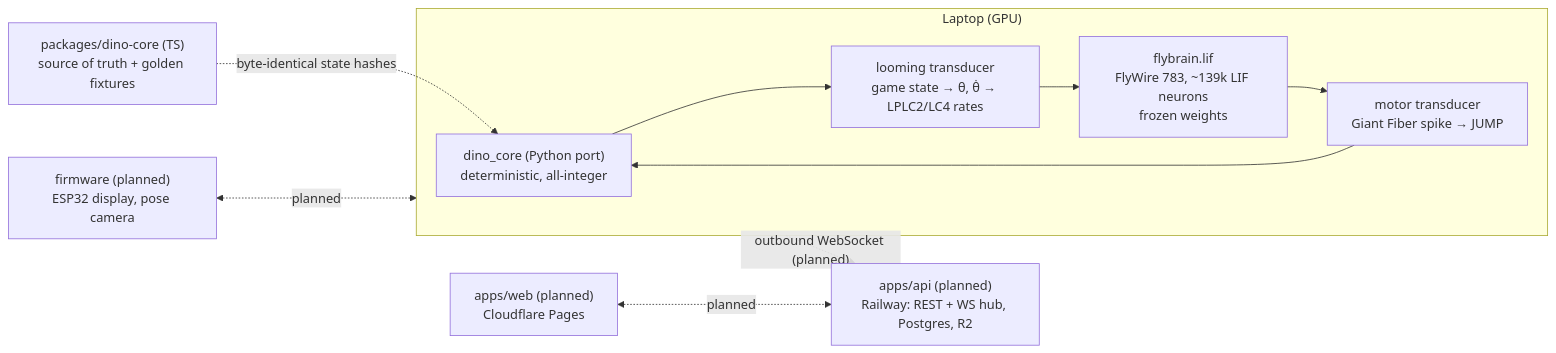
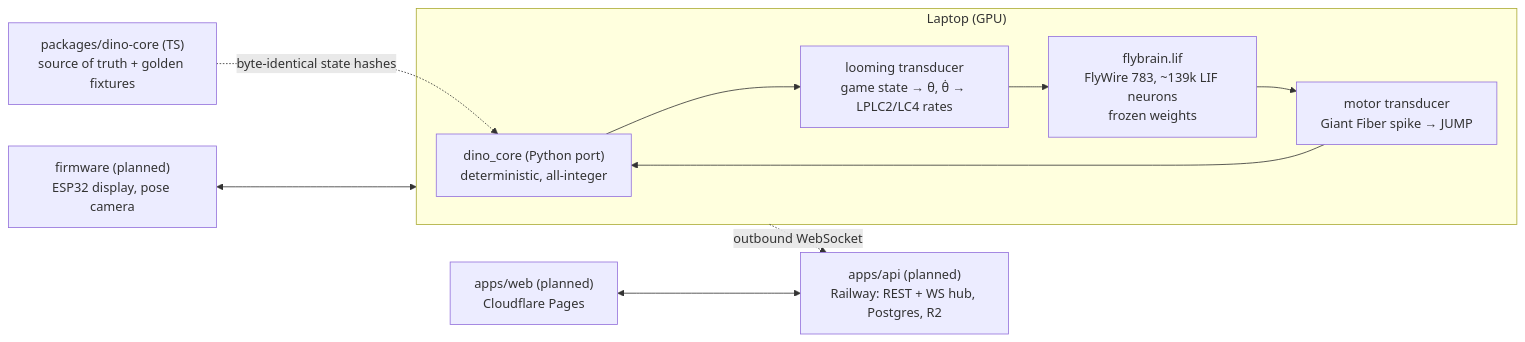
One commit to tairqaldy/dino-fly changed the diagram in docs/ARCHITECTURE.md. Above: the diagram before and after it, drawn with Mermaid. The commit also changed other lines of this file and 8 other files, not shown here.

````diff
--- a/docs/ARCHITECTURE.md
+++ b/docs/ARCHITECTURE.md
@@ -8,17 +8,17 @@
 ```mermaid
 flowchart LR
   subgraph laptop["Laptop (GPU)"]
     game["dino_core (Python port)\ndeterministic, all-integer"]
     sens["looming transducer\ngame state → θ, θ̇ → LPLC2/LC4 rates"]
     brain["flybrain.lif\nFlyWire 783, ~139k LIF neurons\nfrozen weights"]
     motor["motor transducer\nGiant Fiber spike → JUMP"]
     game --> sens --> brain --> motor --> game
   end
   ts["packages/dino-core (TS)\nsource of truth + golden fixtures"] -. byte-identical state hashes .-> game
   api["apps/api (planned)\nRailway: REST + WS hub, Postgres, R2"]
   web["apps/web (planned)\nCloudflare Pages"]
   fw["firmware (planned)\nESP32 display, pose camera"]
-  laptop -. outbound WebSocket (planned) .-> api
-  web <-. planned .-> api
-  fw <-. planned .-> laptop
+  laptop -. outbound WebSocket .-> api
+  web <--> api
+  fw <--> laptop
 ```
````
